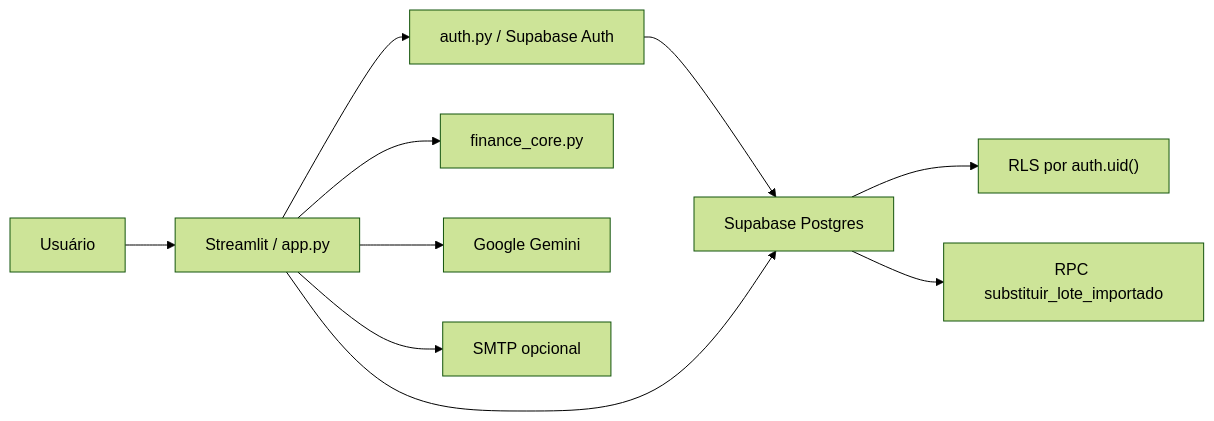
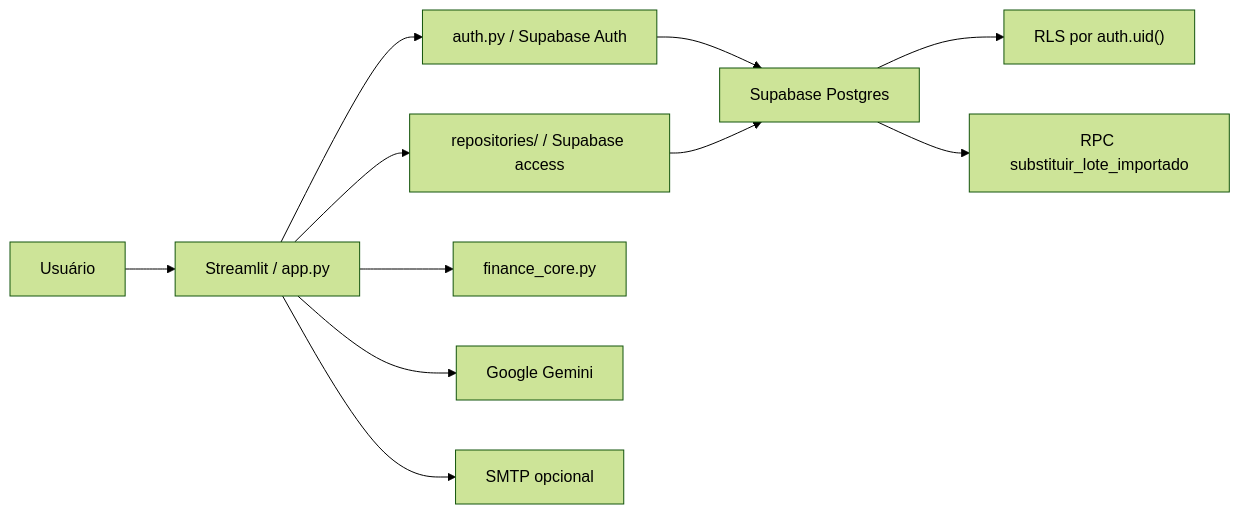
Before and after one commit to pedroaccorsi18-crypto/financas-pro-ia-public: the diagram in README.md, drawn with Mermaid (forest theme). The commit also changed other lines of this file and 1 other file, not shown here.

Commit message:
Document data model ERD

````diff
--- a/README.md
+++ b/README.md
@@ -68,12 +68,13 @@
 ```mermaid
 flowchart LR
     U["Usuário"] --> UI["Streamlit / app.py"]
     UI --> AUTH["auth.py / Supabase Auth"]
+    UI --> REPO["repositories/ / Supabase access"]
     UI --> CORE["finance_core.py"]
     UI --> AI["Google Gemini"]
     UI --> SMTP["SMTP opcional"]
     AUTH --> DB["Supabase Postgres"]
-    UI --> DB
+    REPO --> DB
     DB --> RLS["RLS por auth.uid()"]
     DB --> RPC["RPC substituir_lote_importado"]
 ```
````
